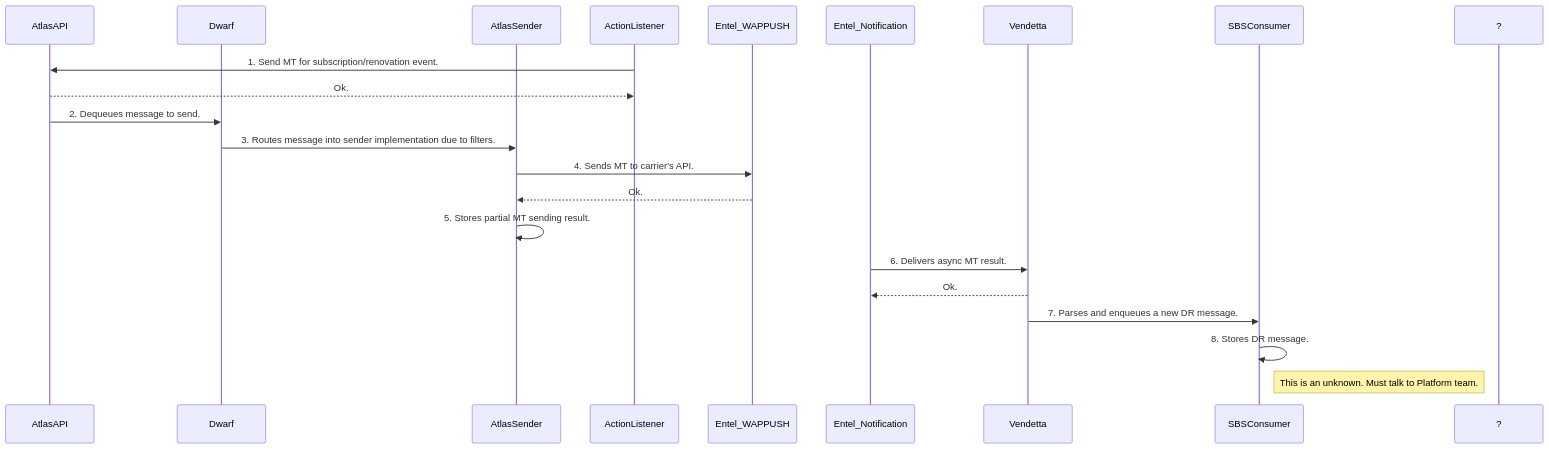
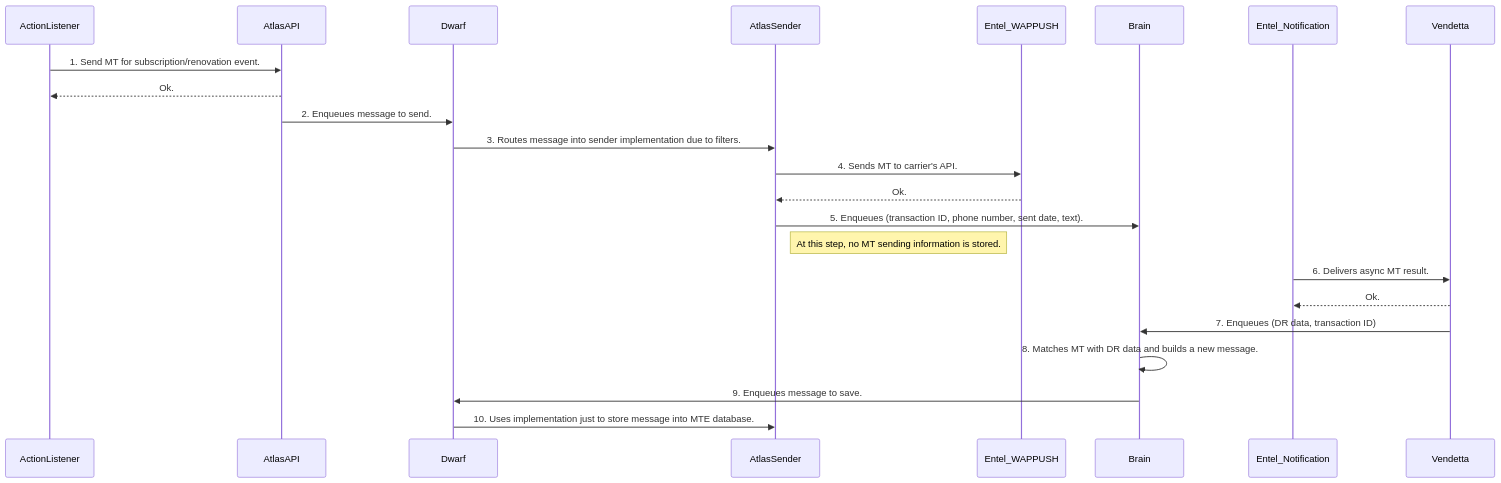
Before and after one commit to ariel-rios-movile/diagrams: the diagram in entel/general/mt/wap-push.mmd, drawn with Mermaid.

Commit message:
Updates diagram at the known point.

```diff
--- a/entel/general/mt/wap-push.mmd
+++ b/entel/general/mt/wap-push.mmd
@@ -1,23 +1,15 @@
 sequenceDiagram
-    participant AtlasAPI
-    participant Dwarf
-    participant AtlasSender
-    participant ActionListener
-    participant Entel_WAPPUSH
-    participant Entel_Notification
-    participant Vendetta
-    participant SBSConsumer
-    participant ?
-
-    ActionListener->>AtlasAPI: 1. Send MT for subscription/renovation event.
-    AtlasAPI-->>ActionListener: Ok.
-    AtlasAPI->>Dwarf: 2. Dequeues message to send.
-    Dwarf->>AtlasSender: 3. Routes message into sender implementation due to filters.
-    AtlasSender->>Entel_WAPPUSH: 4. Sends MT to carrier's API.
-    Entel_WAPPUSH-->>AtlasSender: Ok.
-    AtlasSender->>AtlasSender: 5. Stores partial MT sending result.
-    Entel_Notification->>Vendetta: 6. Delivers async MT result.
-    Vendetta-->>Entel_Notification: Ok.
-    Vendetta->>SBSConsumer: 7. Parses and enqueues a new DR message.
-    SBSConsumer->>SBSConsumer: 8. Stores DR message.
-    Note right of SBSConsumer: This is an unknown. Must talk to Platform team.
+    ActionListener ->> AtlasAPI: 1. Send MT for subscription/renovation event.
+    AtlasAPI -->> ActionListener: Ok.
+    AtlasAPI ->> Dwarf: 2. Enqueues message to send.
+    Dwarf ->> AtlasSender: 3. Routes message into sender implementation due to filters.
+    AtlasSender ->> Entel_WAPPUSH: 4. Sends MT to carrier's API.
+    Entel_WAPPUSH -->> AtlasSender: Ok.
+    AtlasSender ->> Brain: 5. Enqueues (transaction ID, phone number, sent date, text).
+    Note right of AtlasSender: At this step, no MT sending information is stored.
+    Entel_Notification ->> Vendetta: 6. Delivers async MT result.
+    Vendetta -->> Entel_Notification: Ok.
+    Vendetta ->> Brain: 7. Enqueues (DR data, transaction ID)
+    Brain ->> Brain: 8. Matches MT with DR data and builds a new message.
+    Brain ->> Dwarf: 9. Enqueues message to save.
+    Dwarf ->> AtlasSender: 10. Uses implementation just to store message into MTE database.
```
